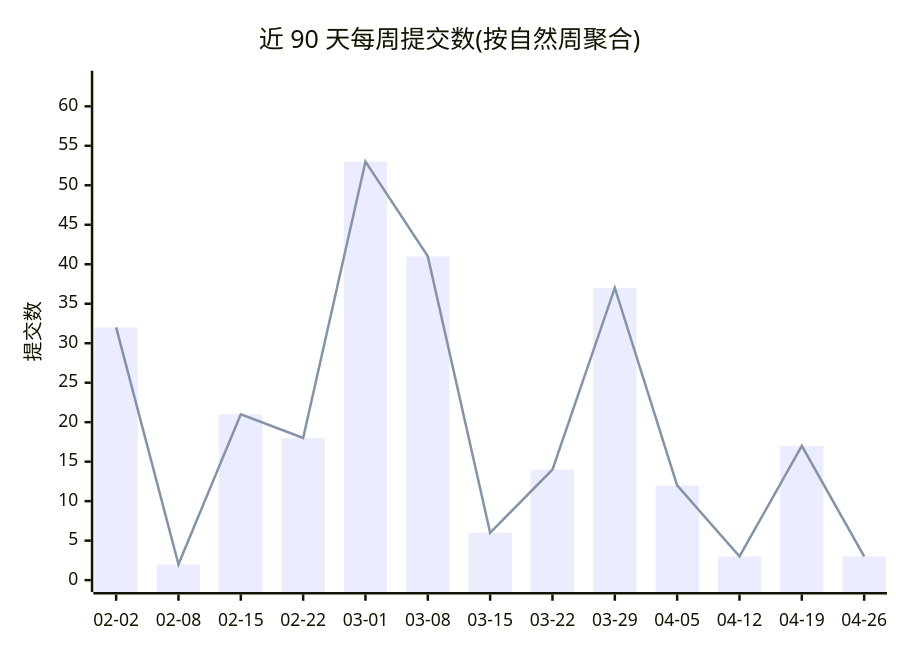
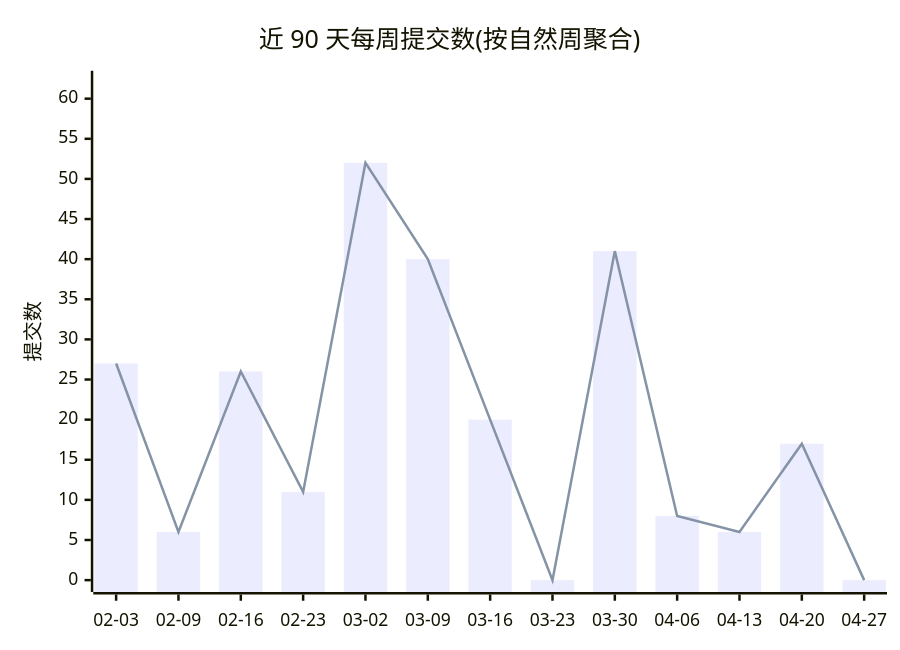
Before and after one commit to Conflux-Union/.github: the first of 2 diagrams in profile/README.md, drawn with Mermaid. The commit also changed other lines of this file and 1 other file, not shown here.

````diff
--- a/profile/README.md
+++ b/profile/README.md
@@ -44,8 +44,8 @@
 ```mermaid
 xychart-beta
     title "近 90 天每周提交数(按自然周聚合)"
-    x-axis ["02-02", "02-08", "02-15", "02-22", "03-01", "03-08", "03-15", "03-22", "03-29", "04-05", "04-12", "04-19", "04-26"]
-    y-axis "提交数" 0 --> 63
-    bar [32, 2, 21, 18, 53, 41, 6, 14, 37, 12, 3, 17, 3]
-    line [32, 2, 21, 18, 53, 41, 6, 14, 37, 12, 3, 17, 3]
+    x-axis ["02-03", "02-09", "02-16", "02-23", "03-02", "03-09", "03-16", "03-23", "03-30", "04-06", "04-13", "04-20", "04-27"]
+    y-axis "提交数" 0 --> 62
+    bar [27, 6, 26, 11, 52, 40, 20, 0, 41, 8, 6, 17, 0]
+    line [27, 6, 26, 11, 52, 40, 20, 0, 41, 8, 6, 17, 0]
 ```
````
